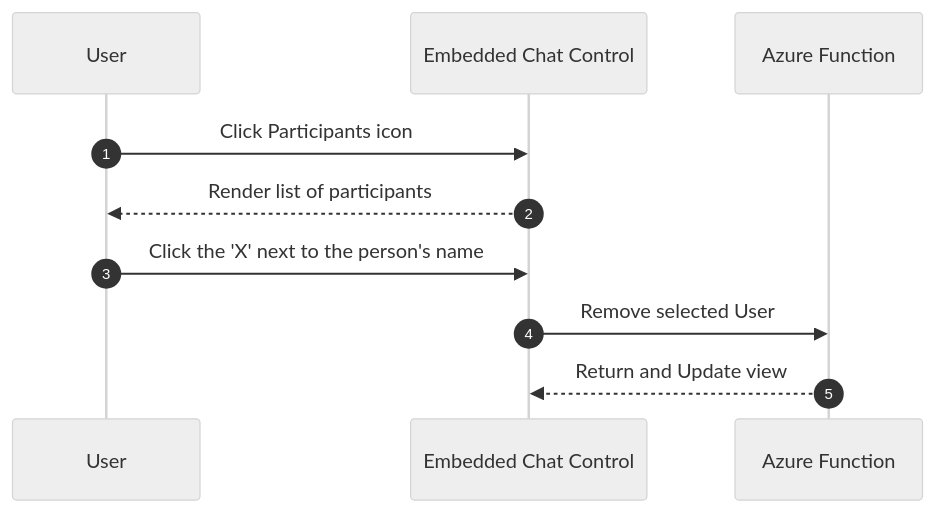
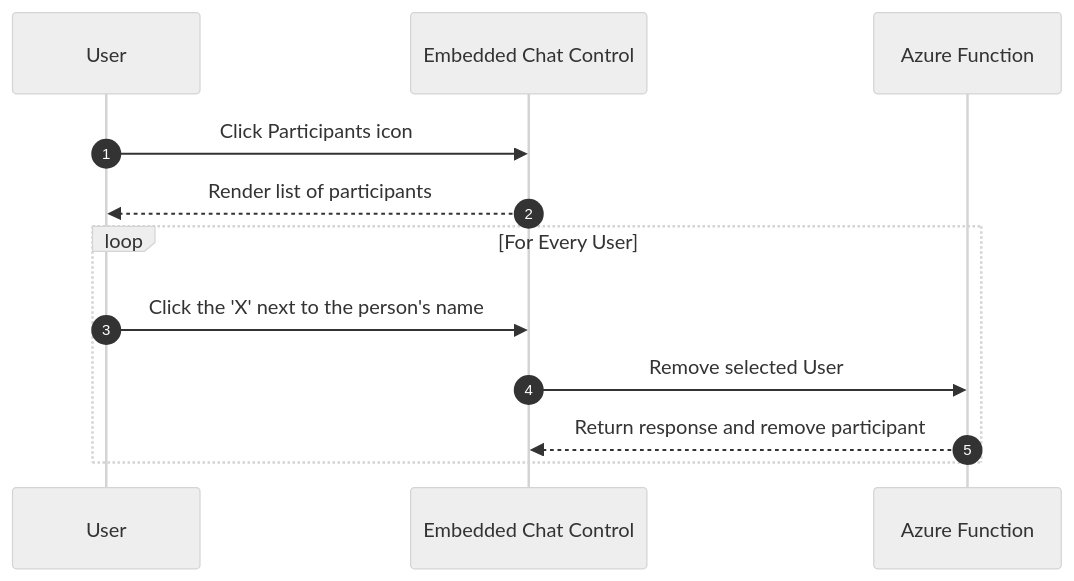
One commit to preetiyadav12/shareToTeams changed the diagram in docs/RemoveParticipantUML.md. Above: the diagram before and after it, drawn with Mermaid (neutral theme). The commit also changed 1 other file, not shown here.

Commit message:
added loops to handle multiple participants

````diff
--- a/docs/RemoveParticipantUML.md
+++ b/docs/RemoveParticipantUML.md
@@ -3,12 +3,14 @@
 ```mermaid
 sequenceDiagram
     autonumber
     participant User
     participant Embedded Chat Control
     participant Azure Function
     User->>Embedded Chat Control: Click Participants icon
     Embedded Chat Control-->>User: Render list of participants
-    User->>Embedded Chat Control: Click the 'X' next to the person's name
-    Embedded Chat Control->>Azure Function: Remove selected User
-    Azure Function-->>Embedded Chat Control: Return and Update view
+    loop For Every User
+        User->>Embedded Chat Control: Click the 'X' next to the person's name
+        Embedded Chat Control->>Azure Function: Remove selected User
+        Azure Function-->>Embedded Chat Control: Return response and remove participant
+    end
 ```
````
